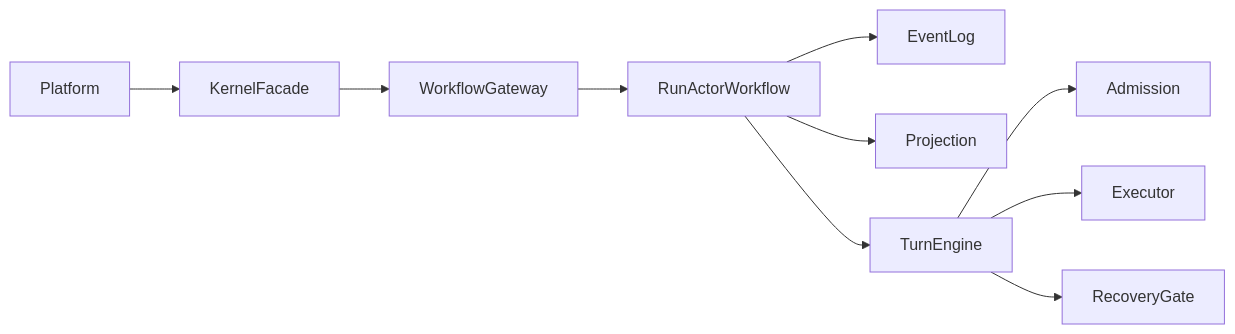
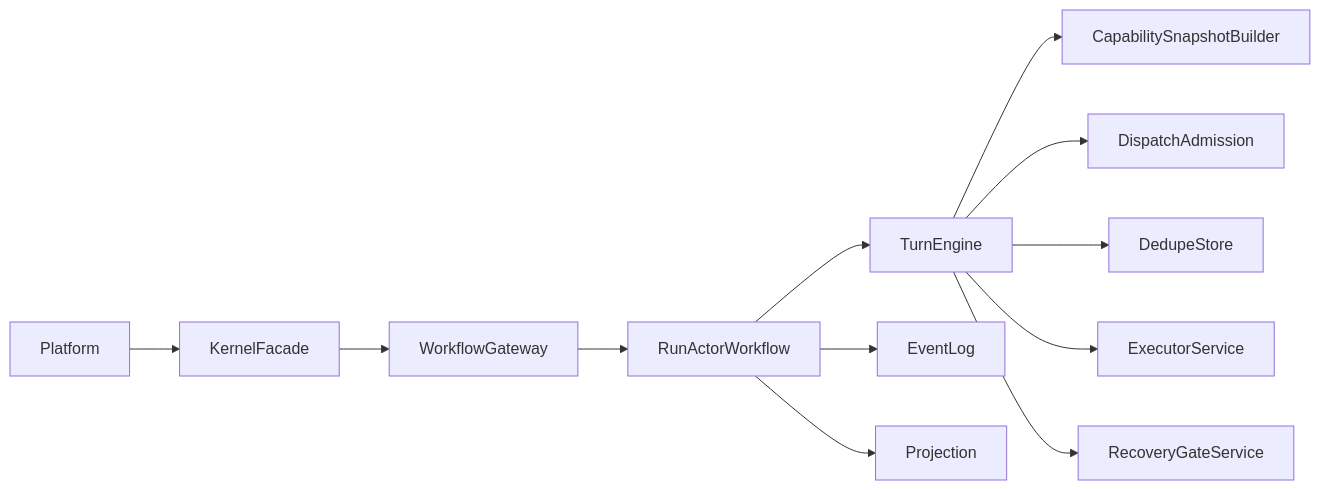
The second of 2 diagrams in README.md (chaosxingxc-orion/agent-kernel), drawn with Mermaid before and after one commit. The commit also changed other lines of this file and 5 other files, not shown here.

First line of the commit message:
docs: rewrite README and ARCHITECTURE for v0.2.0, remove stale files

````diff
--- a/README.md
+++ b/README.md
@@ -35,12 +94,14 @@
 ```mermaid
 graph LR
-  P[Platform] --> F[KernelFacade]
-  F --> G[WorkflowGateway]
-  G --> R[RunActorWorkflow]
-  R --> E[EventLog]
-  R --> J[Projection]
-  R --> T[TurnEngine]
-  T --> A[Admission]
-  T --> X[Executor]
-  T --> C[RecoveryGate]
+    P[Platform] --> F[KernelFacade]
+    F --> G[WorkflowGateway]
+    G --> R[RunActorWorkflow]
+    R --> TE[TurnEngine]
+    TE --> CSB[CapabilitySnapshotBuilder]
+    TE --> DA[DispatchAdmission]
+    TE --> DS[DedupeStore]
+    TE --> EX[ExecutorService]
+    TE --> RG[RecoveryGateService]
+    R --> EL[EventLog]
+    R --> PJ[Projection]
 ```
````
